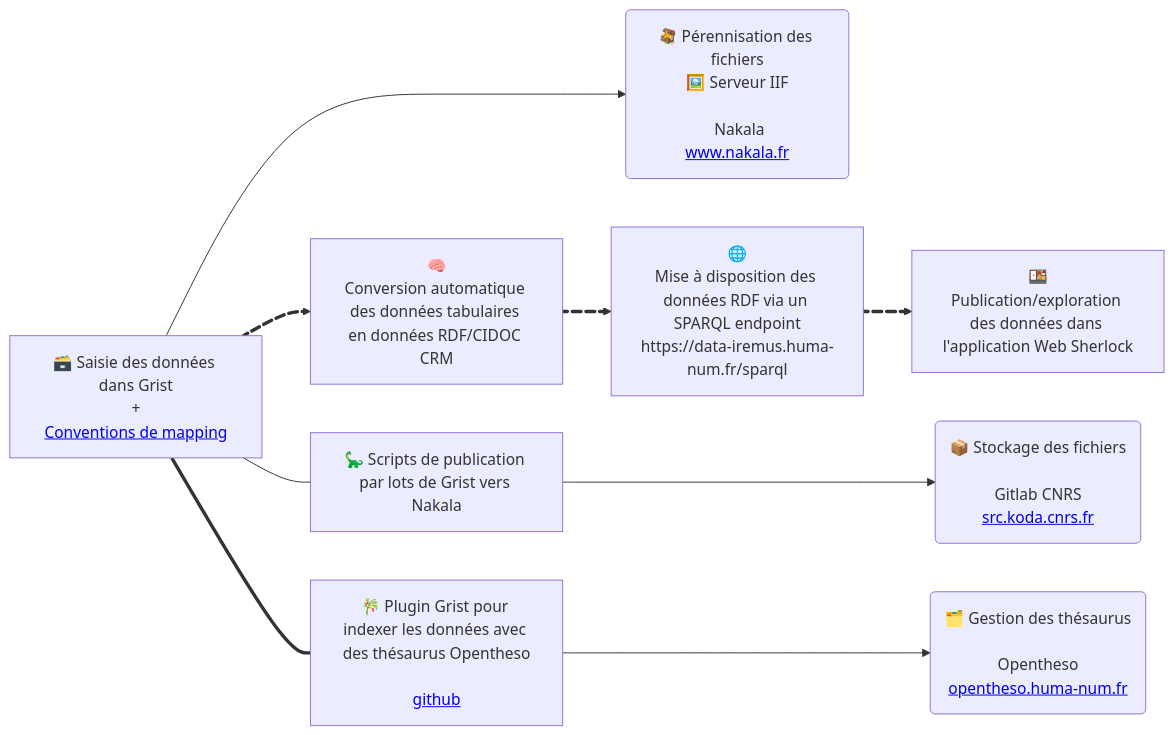
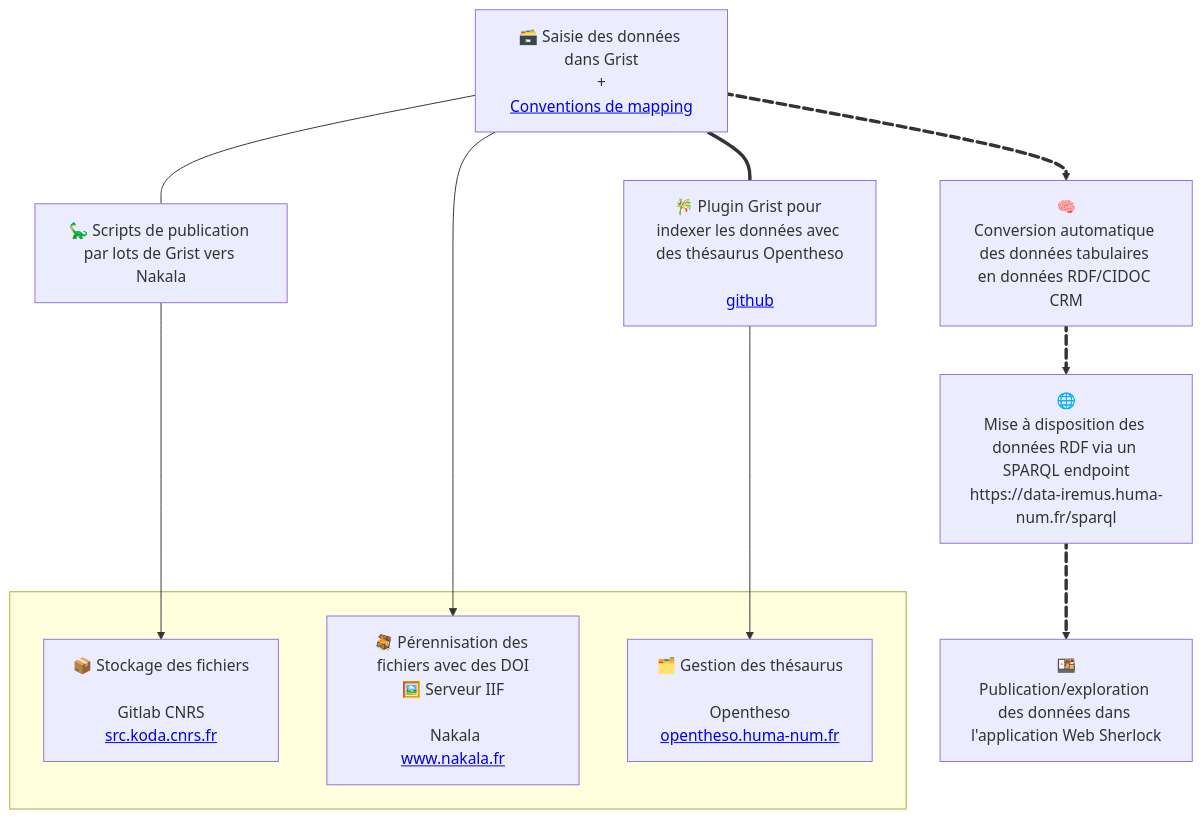
Before and after one commit to sherlock-iremus/sherlock: the diagram in README.md, drawn with Mermaid.

````diff
--- a/README.md
+++ b/README.md
@@ -48,27 +48,29 @@
 ```mermaid
-    flowchart LR
+    flowchart TB
     
-    koda(📦 Stockage des fichiers<br><br>Gitlab CNRS<br><a href="https://src.koda.cnrs.fr/">src.koda.cnrs.fr</a>)
-    nakala(🪎 Pérennisation des fichiers<br>🖼️ Serveur IIF<br><br> Nakala<br><a href="https://www.nakala.fr/">www.nakala.fr</a>)
-    hnot(🗂️ Gestion des thésaurus<br><br>Opentheso<br><a href="https://opentheso.huma-num.fr/">opentheso.huma-num.fr</a>)
+    subgraph  
+    koda[📦 Stockage des fichiers<br><br>Gitlab CNRS<br><a href="https://src.koda.cnrs.fr/">src.koda.cnrs.fr</a>]
+    nakala[🪎 Pérennisation des fichiers avec des DOI<br>🖼️ Serveur IIF<br><br> Nakala<br><a href="https://www.nakala.fr/">www.nakala.fr</a>]
+    hnot[🗂️ Gestion des thésaurus<br><br>Opentheso<br><a href="https://opentheso.huma-num.fr/">opentheso.huma-num.fr</a>]
+    end
     
     grist[🗃️ Saisie des données dans Grist<br>+<br><a href="https://github.com/sherlock-iremus/sherlock-grist-to-crm/blob/main/doc/mapping.md">Conventions de mapping</a>]
     scripts[🧠<br>Conversion automatique des données tabulaires en données RDF/CIDOC CRM]
     sparql[🌐<br>Mise à disposition des données RDF via un SPARQL endpoint<br>https://data-iremus.huma-num.fr/sparql]
     sherlock[🍱<br>Publication/exploration des données dans l'application Web Sherlock]
     gop[🎋 Plugin Grist pour indexer les données avec des thésaurus Opentheso<br><br><a href="https://github.com/sherlock-iremus/sherlock-grist-opentheso-plugin">github</a>]
     sdnakala[🦕 Scripts de publication par lots de Grist vers Nakala]
 
     grist e1@==> scripts
     scripts e2@==> sparql
     sparql e3@==> sherlock
 
 
 e1@{ animate: true }
     e2@{ animate: true }
     e3@{ animate: true }
     
     grist --- sdnakala--->koda
     grist===gop--->hnot
     grist--->nakala
 ```
````
